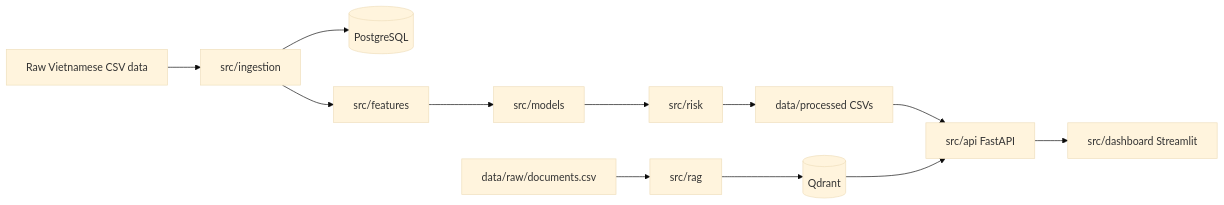
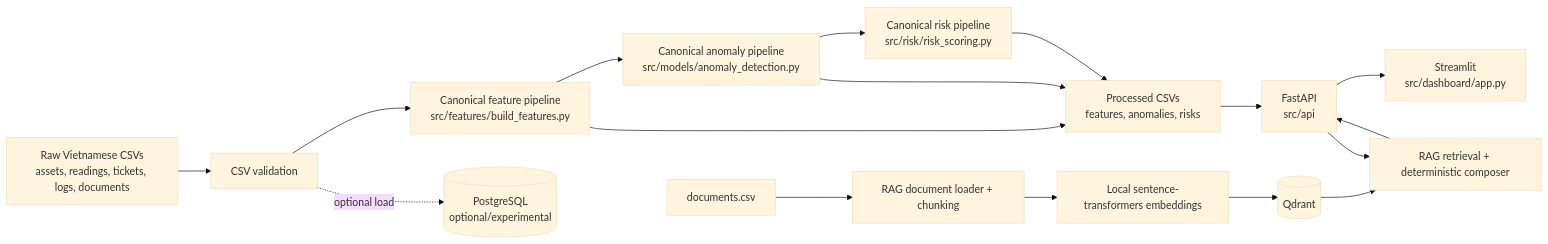
One commit to khoavd18/AI_maintain changed the diagram in docs/architecture.md. Above: the diagram before and after it, drawn with Mermaid (base theme). The commit also changed other lines of this file and 8 other files, not shown here.

````diff
--- a/docs/architecture.md
+++ b/docs/architecture.md
@@ -7,15 +13,30 @@
 ```mermaid
 flowchart LR
-    Data[Raw Vietnamese CSV data] --> Ingestion[src/ingestion]
-    Ingestion --> DB[(PostgreSQL)]
-    Ingestion --> Features[src/features]
-    Features --> Models[src/models]
-    Models --> Risk[src/risk]
-    Risk --> Processed[data/processed CSVs]
-    Processed --> API[src/api FastAPI]
-    API --> Dashboard[src/dashboard Streamlit]
+    Raw[Raw Vietnamese CSVs<br/>assets, readings, tickets, logs, documents]
+    Validation[CSV validation]
+    Features[Canonical feature pipeline<br/>src/features/build_features.py]
+    Anomaly[Canonical anomaly pipeline<br/>src/models/anomaly_detection.py]
+    Risk[Canonical risk pipeline<br/>src/risk/risk_scoring.py]
+    Processed[Processed CSVs<br/>features, anomalies, risks]
+    API[FastAPI<br/>src/api]
+    Dashboard[Streamlit<br/>src/dashboard/app.py]
 
-    Docs[data/raw/documents.csv] --> RAG[src/rag]
-    RAG --> Qdrant[(Qdrant)]
-    Qdrant --> API
+    Raw --> Validation
+    Validation --> Features
+    Features --> Anomaly
+    Anomaly --> Risk
+    Features --> Processed
+    Anomaly --> Processed
+    Risk --> Processed
+    Processed --> API
+    API --> Dashboard
+
+    Docs[documents.csv] --> Chunking[RAG document loader + chunking]
+    Chunking --> Embeddings[Local sentence-transformers embeddings]
+    Embeddings --> Qdrant[(Qdrant)]
+    Qdrant --> Copilot[RAG retrieval + deterministic composer]
+    API --> Copilot
+    Copilot --> API
+
+    Validation -. optional load .-> Postgres[(PostgreSQL<br/>optional/experimental)]
 ```
````
